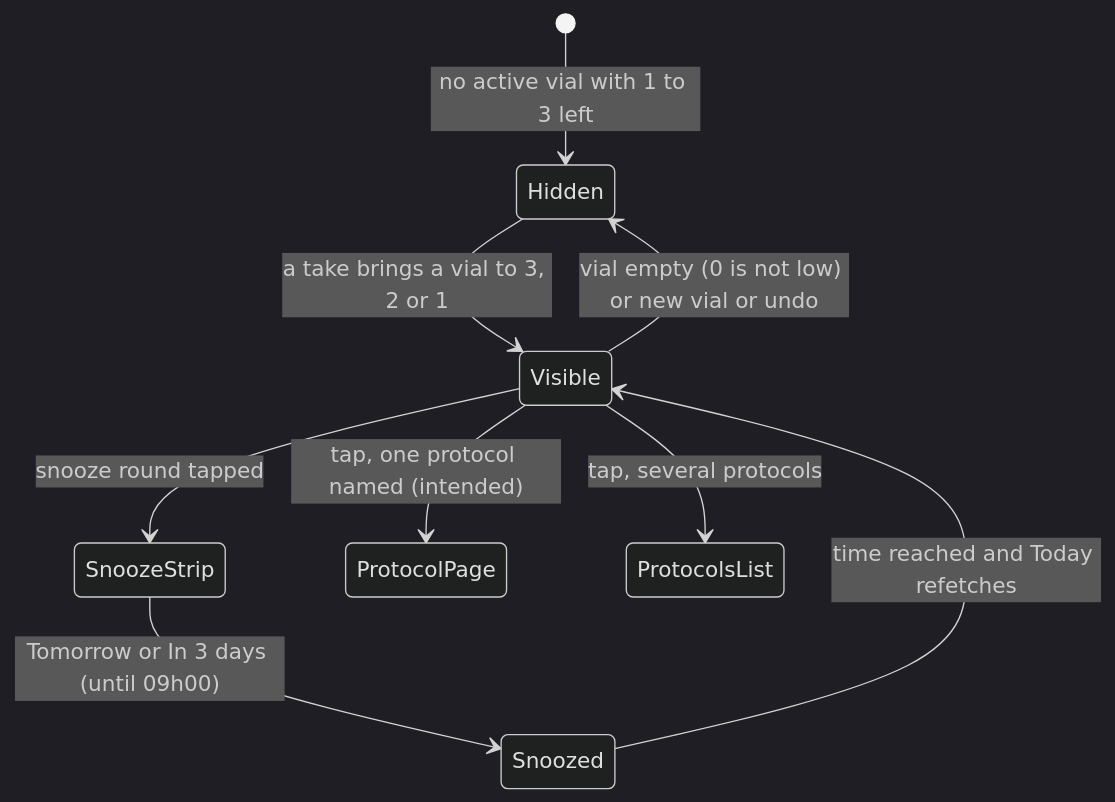
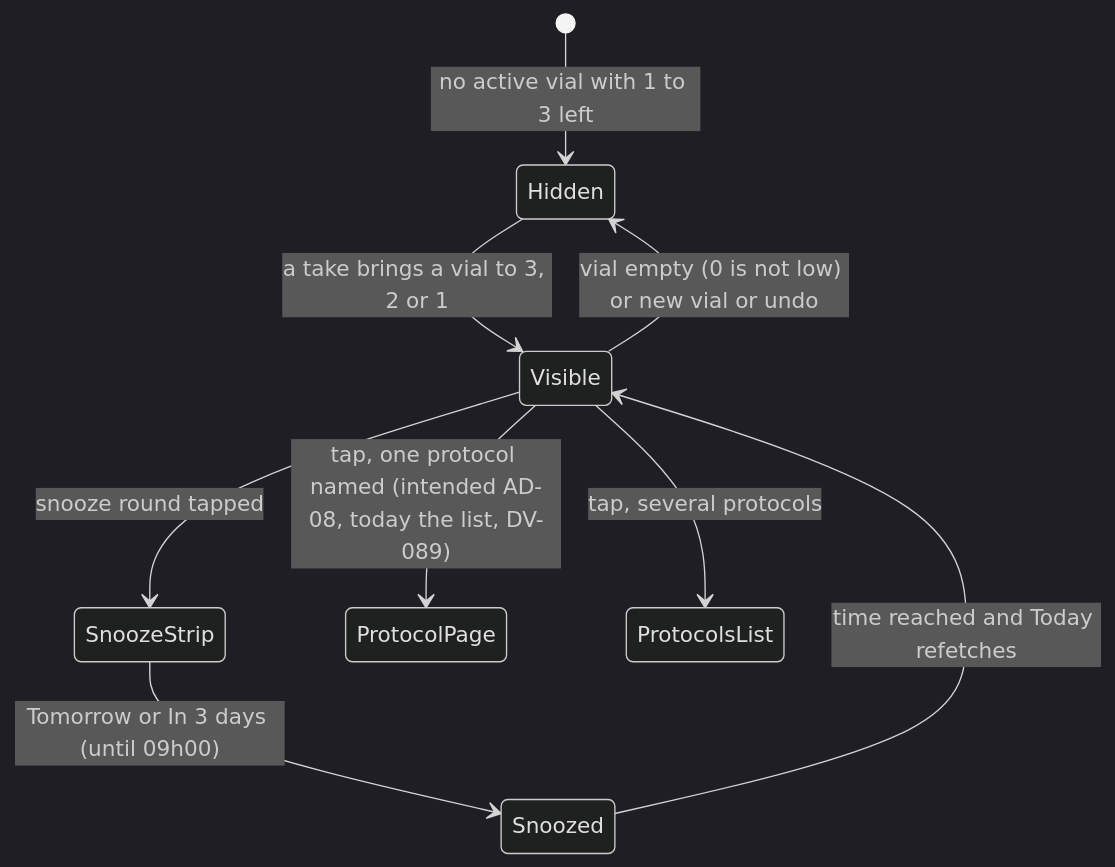
One commit to evandroviskis/dosetrace changed the fourth of 4 diagrams in docs/product/flows/04-vial-and-supply.md. Above: the diagram before and after it, drawn with Mermaid (dark theme). The commit also changed other lines of this file and 26 other files, not shown here.

Commit message:
docs/product: round-2 corrections propagated to PRD (G-1..G-233), TRD + dossiers, flows + Portuguese picture from the final registers; 105 diagrams parse; zero stale ids

````diff
--- a/docs/product/flows/04-vial-and-supply.md
+++ b/docs/product/flows/04-vial-and-supply.md
@@ -116,11 +121,11 @@
 ```mermaid
 stateDiagram-v2
     [*] --> Hidden: no active vial with 1 to 3 left
     Hidden --> Visible: a take brings a vial to 3, 2 or 1
     Visible --> SnoozeStrip: snooze round tapped
     SnoozeStrip --> Snoozed: Tomorrow or In 3 days (until 09h00)
     Snoozed --> Visible: time reached and Today refetches
     Visible --> Hidden: vial empty (0 is not low) or new vial or undo
-    Visible --> ProtocolPage: tap, one protocol named (intended)
+    Visible --> ProtocolPage: tap, one protocol named (intended AD-08, today the list, DV-089)
     Visible --> ProtocolsList: tap, several protocols
 ```
````
